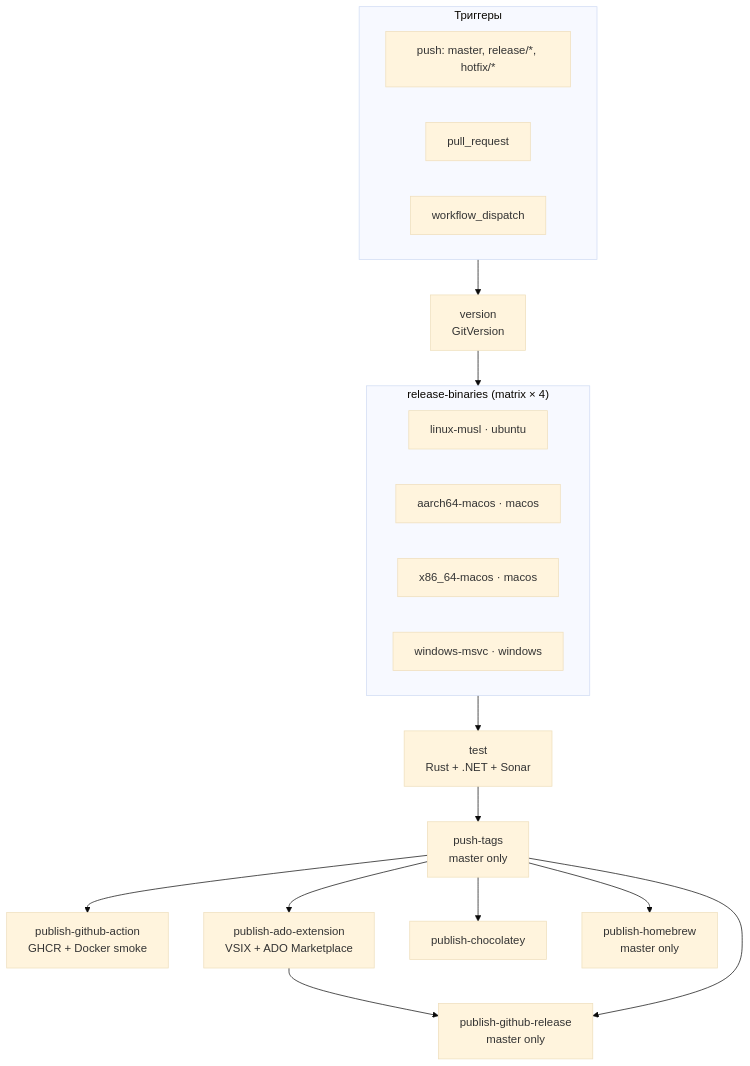
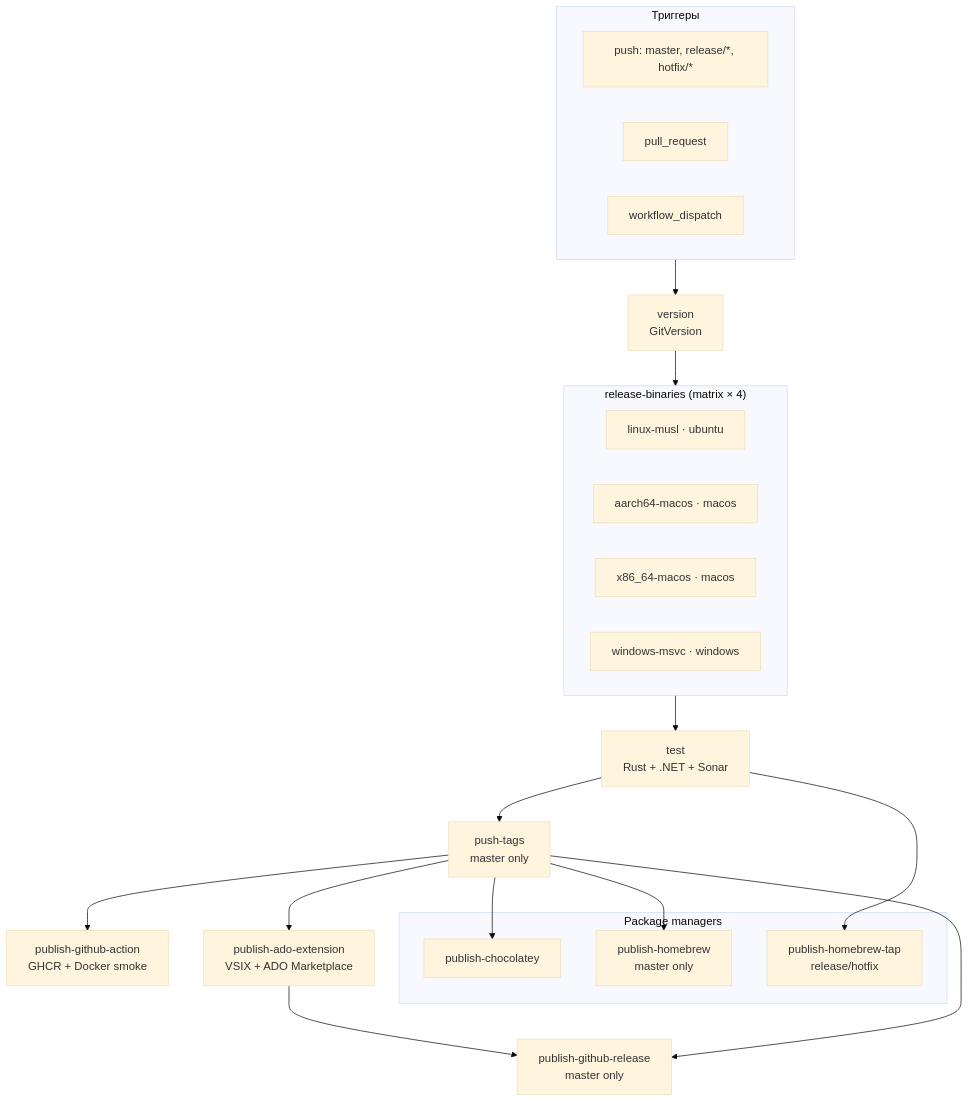
Before and after one commit to denis-peshkov/update-nuspec-action: the diagram in docs/ci-cd.md, drawn with Mermaid (base theme). The commit also changed other lines of this file and 14 other files, not shown here.

Commit message:
Add Homebrew preview tap automation: CI pushes to `homebrew-preview-tap` for `release/*` and `hotfix/*` branches

````diff
--- a/docs/ci-cd.md
+++ b/docs/ci-cd.md
@@ -11,37 +11,43 @@
 ```mermaid
 flowchart TD
   subgraph triggers["Триггеры"]
     T1["push: master, release/*, hotfix/*"]
     T2["pull_request"]
     T3["workflow_dispatch"]
   end
 
   V["version<br/>GitVersion"]
 
   subgraph matrix["release-binaries (matrix × 4)"]
     M1["linux-musl · ubuntu"]
     M2["aarch64-macos · macos"]
     M3["x86_64-macos · macos"]
     M4["windows-msvc · windows"]
   end
 
   TEST["test<br/>Rust + .NET + Sonar"]
   PT["push-tags<br/>master only"]
 
   PGA["publish-github-action<br/>GHCR + Docker smoke"]
   PADO["publish-ado-extension<br/>VSIX + ADO Marketplace"]
-  CHR["publish-chocolatey"]
-  HB["publish-homebrew<br/>master only"]
+
+  subgraph pkg["Package managers"]
+    CHR["publish-chocolatey"]
+    HB["publish-homebrew<br/>master only"]
+    HBT["publish-homebrew-tap<br/>release/hotfix"]
+  end
+
   REL["publish-github-release<br/>master only"]
 
   triggers --> V
   V --> matrix
   matrix --> TEST
   TEST --> PT
   PT --> PGA
   PT --> PADO
   PT --> CHR
   PT --> HB
+  TEST --> HBT
   PADO --> REL
   PT --> REL
 ```
````
